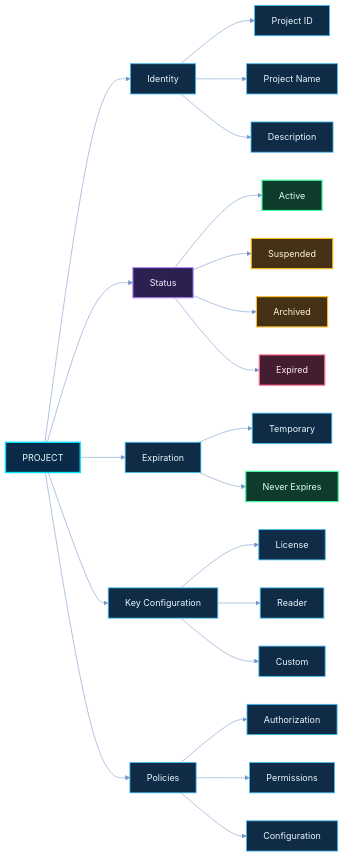
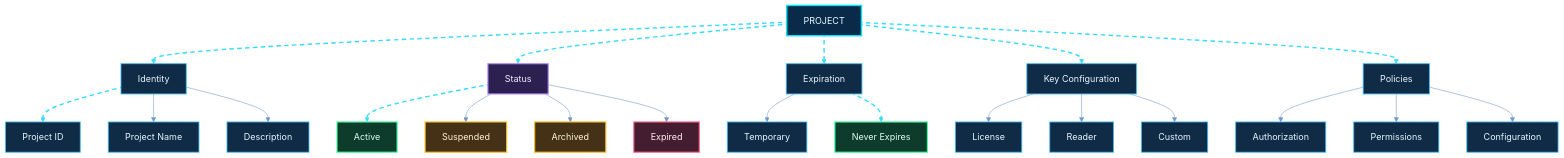
Before and after one commit to shajeduzzamanenan992008inc/NexOra-Database-key-Gen: the sixth of 23 diagrams in README.md, drawn with Mermaid. The commit also changed other lines of this file, not shown here.

````diff
--- a/README.md
+++ b/README.md
@@ -689,49 +694,50 @@
 ```mermaid
 %%{init: {"theme":"base","themeVariables":{"darkMode":true,"background":"#07111f","primaryColor":"#102744","primaryTextColor":"#e8f7ff","primaryBorderColor":"#00d9ff","lineColor":"#7297c8","secondaryColor":"#261d45","secondaryTextColor":"#f3eaff","secondaryBorderColor":"#a78bfa","tertiaryColor":"#12332b","tertiaryTextColor":"#e0fff1","tertiaryBorderColor":"#41e6a2","fontFamily":"Inter, Segoe UI, sans-serif","edgeLabelBackground":"#101d34","mainBkg":"#102744","nodeBorder":"#00d9ff","clusterBkg":"#0b1930","clusterBorder":"#6f7dff","actorBkg":"#102744","actorBorder":"#00d9ff","actorTextColor":"#e8f7ff","signalColor":"#64d8ff","signalTextColor":"#e8f7ff","noteBkgColor":"#0e332b","noteBorderColor":"#41e6a2","noteTextColor":"#e0fff1"}}}%%
-flowchart LR
-    PJ["PROJECT"] --> ID["Identity"]
-    PJ --> ST["Status"]
-    PJ --> EX["Expiration"]
-    PJ --> KC["Key Configuration"]
-    PJ --> PO["Policies"]
+flowchart TB
+    PJ["PROJECT"] nx06e01@--> ID["Identity"]
+    PJ nx06e02@--> ST["Status"]
+    PJ nx06e03@--> EX["Expiration"]
+    PJ nx06e04@--> KC["Key Configuration"]
+    PJ nx06e05@--> PO["Policies"]
 
-    ID --> ID1["Project ID"]
+    ID nx06e06@--> ID1["Project ID"]
     ID --> ID2["Project Name"]
     ID --> ID3["Description"]
 
-    ST --> ST1["Active"]
+    ST nx06e07@--> ST1["Active"]
     ST --> ST2["Suspended"]
     ST --> ST3["Archived"]
     ST --> ST4["Expired"]
 
     EX --> EX1["Temporary"]
-    EX --> EX2["Never Expires"]
+    EX nx06e08@--> EX2["Never Expires"]
 
     KC --> KC1["License"]
     KC --> KC2["Reader"]
     KC --> KC3["Custom"]
 
     PO --> PO1["Authorization"]
     PO --> PO2["Permissions"]
     PO --> PO3["Configuration"]
 
     %% OMEGA NEX-ORA visual classes
     %% OMEGA NEX-ORA / ULTRA NEON PALETTE
     classDef nxCore fill:#092b49,stroke:#00e5ff,stroke-width:2.5px,color:#e9fbff;
     classDef nxProcess fill:#102b45,stroke:#3dbcf5,stroke-width:1.5px,color:#e9f6ff;
     classDef nxDecision fill:#2b2050,stroke:#b38cff,stroke-width:2px,color:#f3edff;
     classDef nxSuccess fill:#0d3b2c,stroke:#3fffa0,stroke-width:2px,color:#e0fff0;
     classDef nxDanger fill:#451d30,stroke:#ff6688,stroke-width:2px,color:#fff0f3;
     classDef nxData fill:#12352d,stroke:#63e6be,stroke-width:2px,color:#e1fff5;
     classDef nxExternal fill:#2b2149,stroke:#c4a5ff,stroke-width:2px,color:#f3ecff;
     classDef nxInfo fill:#17253e,stroke:#91a7c9,stroke-width:1.5px,color:#e5efff;
     classDef nxWarning fill:#453116,stroke:#fbbf24,stroke-width:2px,color:#fff6d6;
     %% Moving dashed route: Mermaid applies this class to explicitly identified edges.
+    classDef nxAnimated stroke:#35dcff,stroke-width:2.5px,stroke-dasharray:8\,6,stroke-dashoffset:1000,animation:dash 24s linear infinite;
     class PJ nxCore;
     class ID,EX,KC,PO,ID1,ID2,ID3,EX1,KC1,KC2,KC3,PO1,PO2,PO3 nxProcess;
     class ST nxDecision;
     class ST1,EX2 nxSuccess;
     class ST2,ST3 nxWarning;
     class ST4 nxDanger;
     class nx06e01,nx06e02,nx06e03,nx06e04,nx06e05,nx06e06,nx06e07,nx06e08 nxAnimated;
 ```
````
